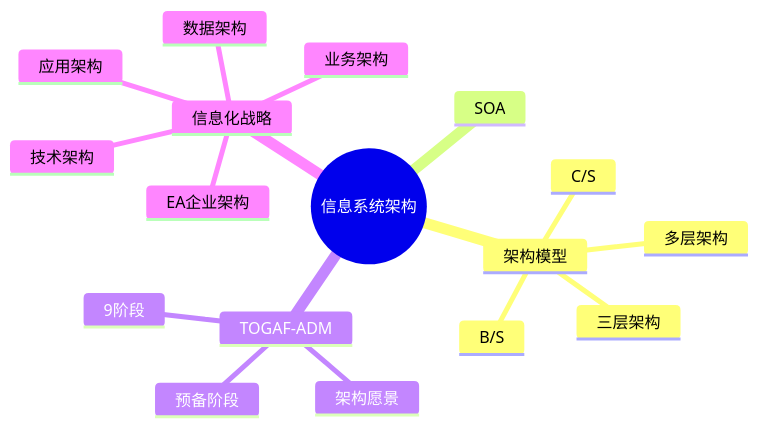
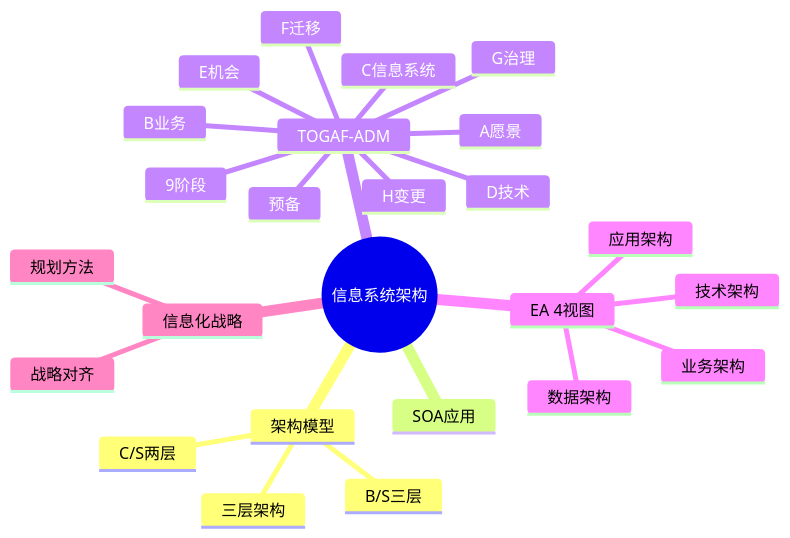
Before and after one commit to wanlinruo/system-architect-exam-prep: the diagram in 02-案例分析/02-信息系统架构设计.md, drawn with Mermaid. The commit also changed other lines of this file, not shown here.

````diff
--- a/02-案例分析/02-信息系统架构设计.md
+++ b/02-案例分析/02-信息系统架构设计.md
@@ -36,20 +42,28 @@
 ```mermaid
 mindmap
   root((信息系统架构))
     架构模型
-      C/S
-      B/S
+      C/S两层
+      B/S三层
       三层架构
-      多层架构
-    SOA
+    SOA应用
     TOGAF-ADM
       9阶段
-      预备阶段
-      架构愿景
-    信息化战略
-      EA企业架构
+      预备
+      A愿景
+      B业务
+      C信息系统
+      D技术
+      E机会
+      F迁移
+      G治理
+      H变更
+    EA 4视图
       业务架构
       数据架构
       应用架构
       技术架构
+    信息化战略
+      战略对齐
+      规划方法
 ```
````
